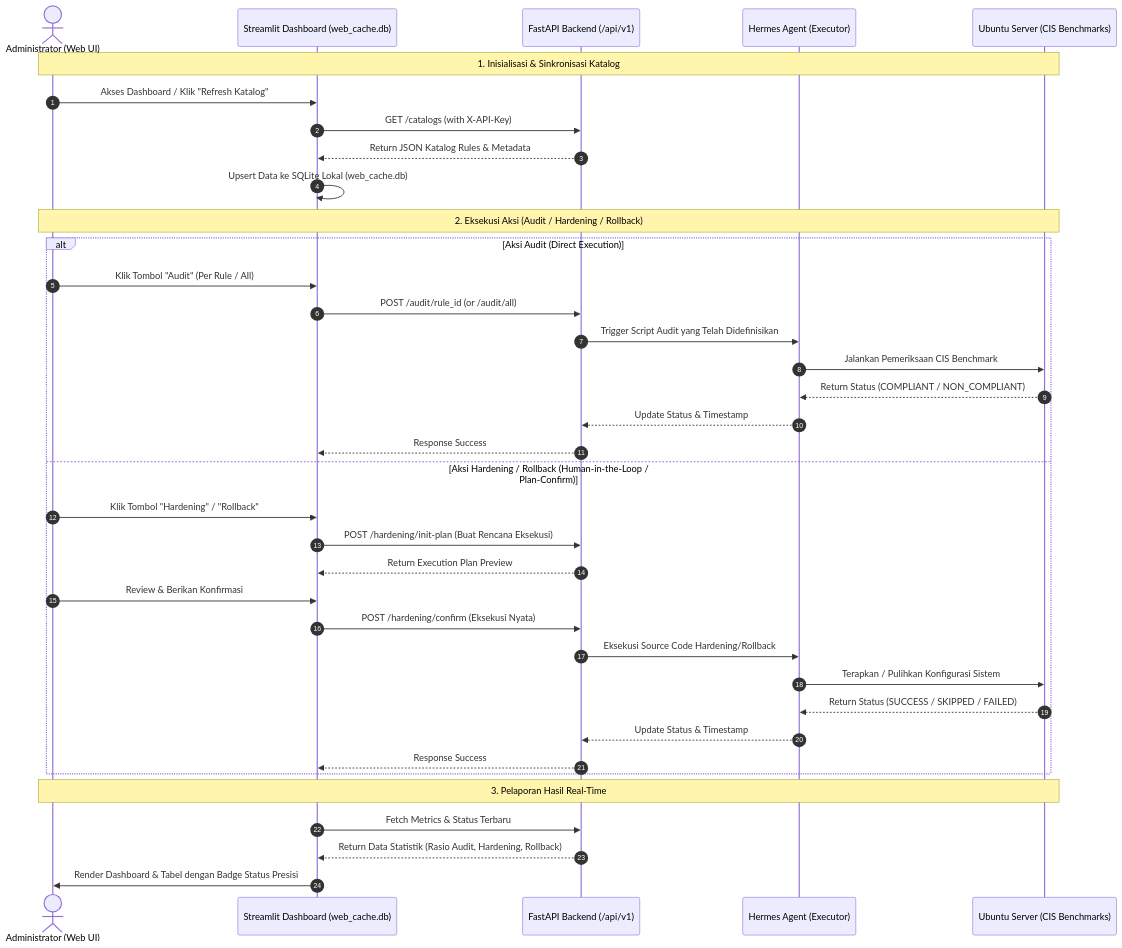
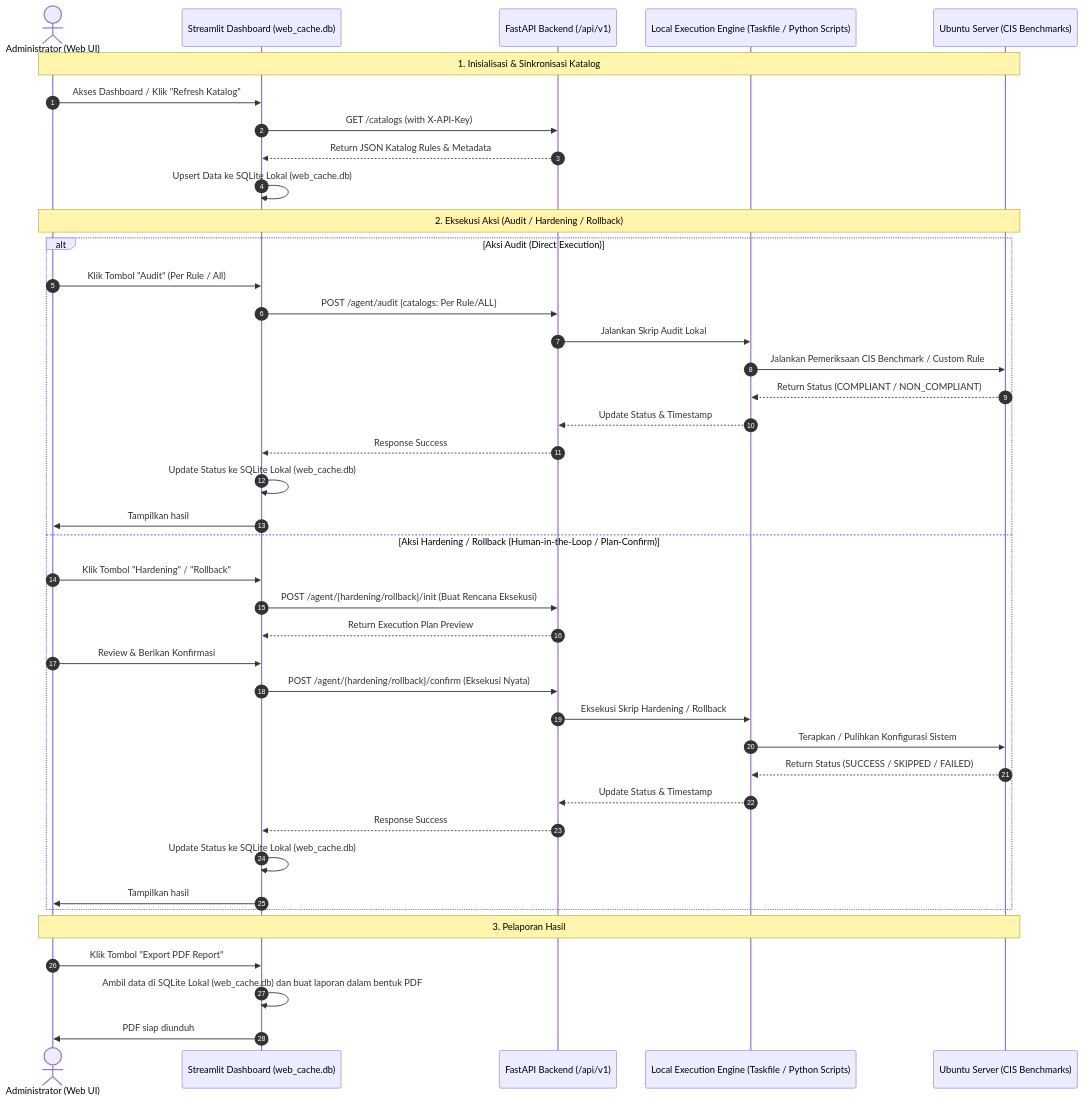
Before and after one commit to rahardian-dwi-saputra/yoru-agent: the diagram in README.md, drawn with Mermaid. The commit also changed other lines of this file and 2 other files, not shown here.

Commit message:
Perbaikan dokumentasi aplikasi dan script aplikasi

````diff
--- a/README.md
+++ b/README.md
@@ -62,42 +93,46 @@
 ```mermaid
 sequenceDiagram
     autonumber
     actor Admin as Administrator (Web UI)
     participant Web as Streamlit Dashboard (web_cache.db)
     participant API as FastAPI Backend (/api/v1)
-    participant Hermes as Hermes Agent (Executor)
+    participant Engine as Local Execution Engine (Taskfile / Python Scripts)
     participant OS as Ubuntu Server (CIS Benchmarks)
 
     Note over Admin, OS: 1. Inisialisasi & Sinkronisasi Katalog
     Admin->>Web: Akses Dashboard / Klik "Refresh Katalog"
     Web->>API: GET /catalogs (with X-API-Key)
     API-->>Web: Return JSON Katalog Rules & Metadata
     Web->>Web: Upsert Data ke SQLite Lokal (web_cache.db)
 
     Note over Admin, OS: 2. Eksekusi Aksi (Audit / Hardening / Rollback)
     alt Aksi Audit (Direct Execution)
         Admin->>Web: Klik Tombol "Audit" (Per Rule / All)
-        Web->>API: POST /audit/rule_id (or /audit/all)
-        API->>Hermes: Trigger Script Audit yang Telah Didefinisikan
-        Hermes->>OS: Jalankan Pemeriksaan CIS Benchmark
-        OS-->>Hermes: Return Status (COMPLIANT / NON_COMPLIANT)
-        Hermes-->>API: Update Status & Timestamp
+        Web->>API: POST /agent/audit {catalogs: Per Rule/ALL}
+        API->>Engine: Jalankan Skrip Audit Lokal
+        Engine->>OS: Jalankan Pemeriksaan CIS Benchmark / Custom Rule
+        OS-->>Engine: Return Status (COMPLIANT / NON_COMPLIANT)
+        Engine-->>API: Update Status & Timestamp
         API-->>Web: Response Success
+        Web->>Web: Update Status ke SQLite Lokal (web_cache.db)
+        Web->>Admin: Tampilkan hasil
     else Aksi Hardening / Rollback (Human-in-the-Loop / Plan-Confirm)
         Admin->>Web: Klik Tombol "Hardening" / "Rollback"
-        Web->>API: POST /hardening/init-plan (Buat Rencana Eksekusi)
+        Web->>API: POST /agent/{hardening/rollback}/init (Buat Rencana Eksekusi)
         API-->>Web: Return Execution Plan Preview
         Admin->>Web: Review & Berikan Konfirmasi
-        Web->>API: POST /hardening/confirm (Eksekusi Nyata)
-        API->>Hermes: Eksekusi Source Code Hardening/Rollback
-        Hermes->>OS: Terapkan / Pulihkan Konfigurasi Sistem
-        OS-->>Hermes: Return Status (SUCCESS / SKIPPED / FAILED)
-        Hermes-->>API: Update Status & Timestamp
+        Web->>API: POST /agent/{hardening/rollback}/confirm (Eksekusi Nyata)
+        API->>Engine: Eksekusi Skrip Hardening / Rollback
+        Engine->>OS: Terapkan / Pulihkan Konfigurasi Sistem
+        OS-->>Engine: Return Status (SUCCESS / SKIPPED / FAILED)
+        Engine-->>API: Update Status & Timestamp
         API-->>Web: Response Success
+        Web->>Web: Update Status ke SQLite Lokal (web_cache.db)
+        Web->>Admin: Tampilkan hasil
     end
 
-    Note over Admin, OS: 3. Pelaporan Hasil Real-Time
-    Web->>API: Fetch Metrics & Status Terbaru
-    API-->>Web: Return Data Statistik (Rasio Audit, Hardening, Rollback)
-    Web->>Admin: Render Dashboard & Tabel dengan Badge Status Presisi
+    Note over Admin, OS: 3. Pelaporan Hasil
+    Admin->>Web: Klik Tombol "Export PDF Report"
+    Web->>Web: Ambil data di SQLite Lokal (web_cache.db) dan buat laporan dalam bentuk PDF
+    Web->>Admin: PDF siap diunduh
 ```
````
